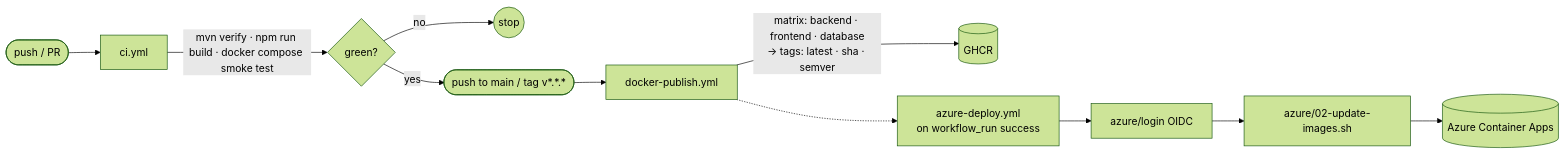
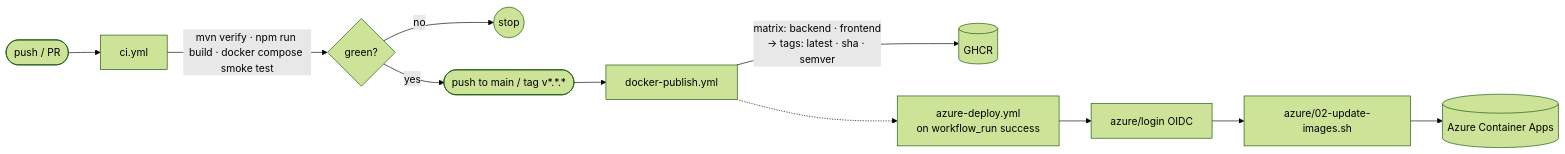
Before and after one commit to fbrase799/vehicle_configurator: the seventh of 7 diagrams in ARCHITECTURE.md, drawn with Mermaid (forest theme). The commit also changed other lines of this file and 49 other files, not shown here.

````diff
--- a/ARCHITECTURE.md
+++ b/ARCHITECTURE.md
@@ -217,13 +217,13 @@
 ```mermaid
 flowchart LR
     push([push / PR]) --> ci[ci.yml]
     ci -->|"mvn verify · npm run build · docker compose smoke test"| green{green?}
     green -- no --> stop((stop))
     green -- yes --> main([push to main / tag v*.*.*])
     main --> pub[docker-publish.yml]
-    pub -->|"matrix: backend · frontend · database<br/>→ tags: latest · sha · semver"| ghcr[(GHCR)]
+    pub -->|"matrix: backend · frontend<br/>→ tags: latest · sha · semver"| ghcr[(GHCR)]
     pub -.-> deploy[azure-deploy.yml<br/>on workflow_run success]
     deploy --> oidc[azure/login OIDC]
     oidc --> upd[azure/02-update-images.sh]
     upd --> ACA[(Azure Container Apps)]
 ```
````
